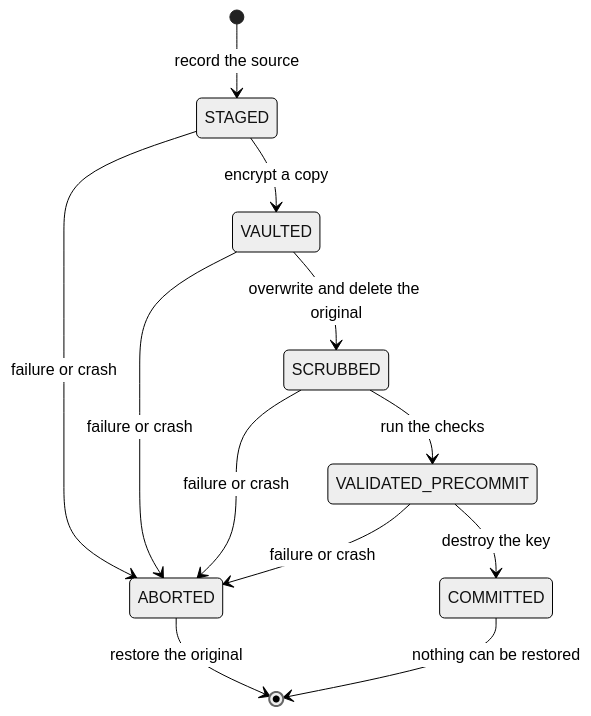
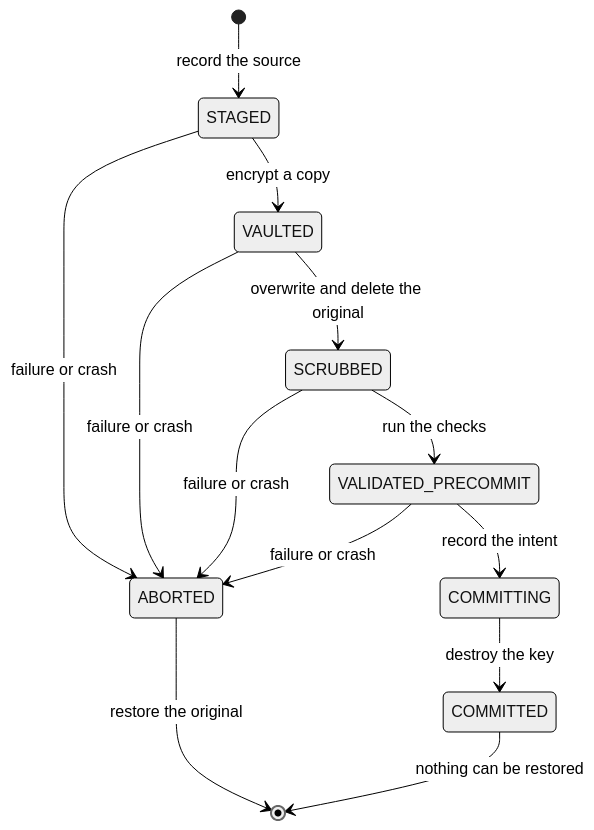
Before and after one commit to LangerSword/vestige: the diagram in README.md, drawn with Mermaid (neutral theme). The commit also changed other lines of this file and 1 other file, not shown here.

````diff
--- a/README.md
+++ b/README.md
@@ -59,14 +91,15 @@
 ```mermaid
 stateDiagram-v2
     [*] --> STAGED: record the source
     STAGED --> VAULTED: encrypt a copy
     VAULTED --> SCRUBBED: overwrite and delete the original
     SCRUBBED --> VALIDATED_PRECOMMIT: run the checks
-    VALIDATED_PRECOMMIT --> COMMITTED: destroy the key
+    VALIDATED_PRECOMMIT --> COMMITTING: record the intent
+    COMMITTING --> COMMITTED: destroy the key
     STAGED --> ABORTED: failure or crash
     VAULTED --> ABORTED: failure or crash
     SCRUBBED --> ABORTED: failure or crash
     VALIDATED_PRECOMMIT --> ABORTED: failure or crash
     ABORTED --> [*]: restore the original
     COMMITTED --> [*]: nothing can be restored
 ```
````
